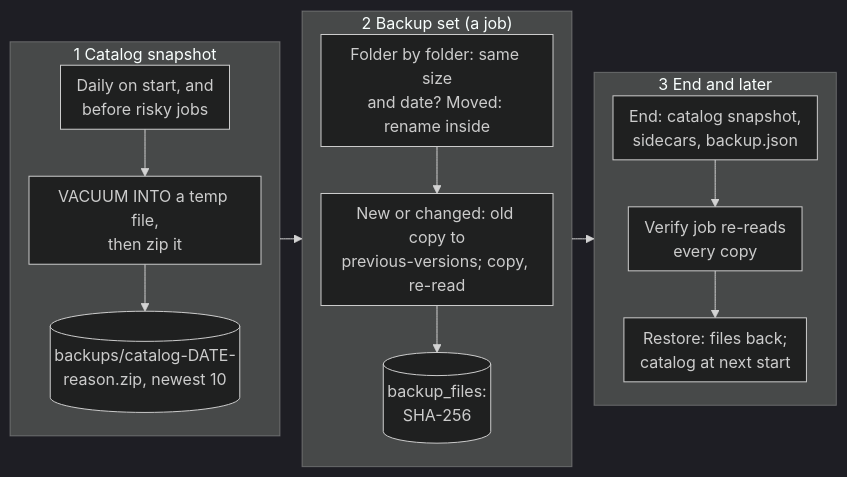
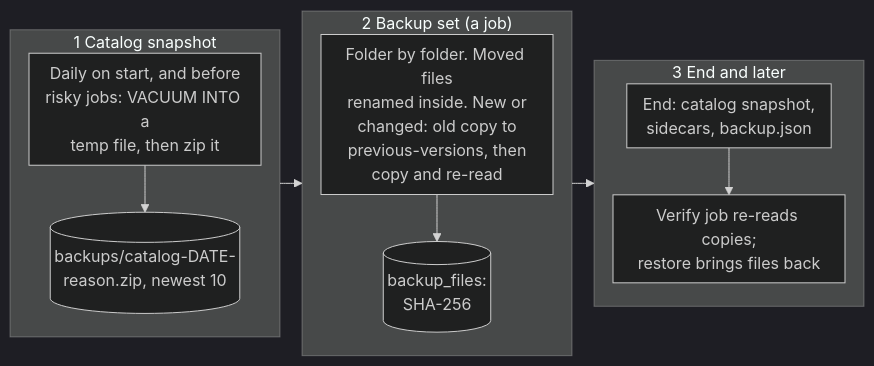
Before and after one commit to AxialForge/Lunelis: diagram 11 of 14 in docs/src/dataflow-lunelis.md, drawn with Mermaid (dark theme). The commit also changed other lines of this file and 9 other files, not shown here.

Commit message:
Add engine, data-flow and audit pilot documents; kit fixes for table widths

````diff
--- a/docs/src/dataflow-lunelis.md
+++ b/docs/src/dataflow-lunelis.md
@@ -365,17 +364,17 @@
 ```mermaid Two separate safety nets. Snapshots protect the catalog; backup sets protect photo files.
 %%{init: {"flowchart": {"rankSpacing": 22, "nodeSpacing": 18, "padding": 8}}}%%
 flowchart LR
   subgraph c1["1 Catalog snapshot"]
     direction TB
-    s1["Daily on start, and<br/>before risky jobs"] --> s2["VACUUM INTO a temp file,<br/>then zip it"] --> s3[("backups/catalog-DATE-<br/>reason.zip, newest 10")]
+    s1["Daily on start, and before<br/>risky jobs: VACUUM INTO a<br/>temp file, then zip it"] --> s3[("backups/catalog-DATE-<br/>reason.zip, newest 10")]
   end
   subgraph c2["2 Backup set (a job)"]
     direction TB
-    b1["Folder by folder: same size<br/>and date? Moved: rename inside"] --> b3["New or changed: old copy to<br/>previous-versions; copy, re-read"] --> b4[("backup_files:<br/>SHA-256")]
+    b1["Folder by folder. Moved files<br/>renamed inside. New or<br/>changed: old copy to<br/>previous-versions, then<br/>copy and re-read"] --> b4[("backup_files:<br/>SHA-256")]
   end
   subgraph c3["3 End and later"]
     direction TB
-    b5["End: catalog snapshot,<br/>sidecars, backup.json"] --> v["Verify job re-reads<br/>every copy"] --> r["Restore: files back;<br/>catalog at next start"]
+    b5["End: catalog snapshot,<br/>sidecars, backup.json"] --> v["Verify job re-reads copies;<br/>restore brings files back"]
   end
   c1 --> c2 --> c3
 ```
````
